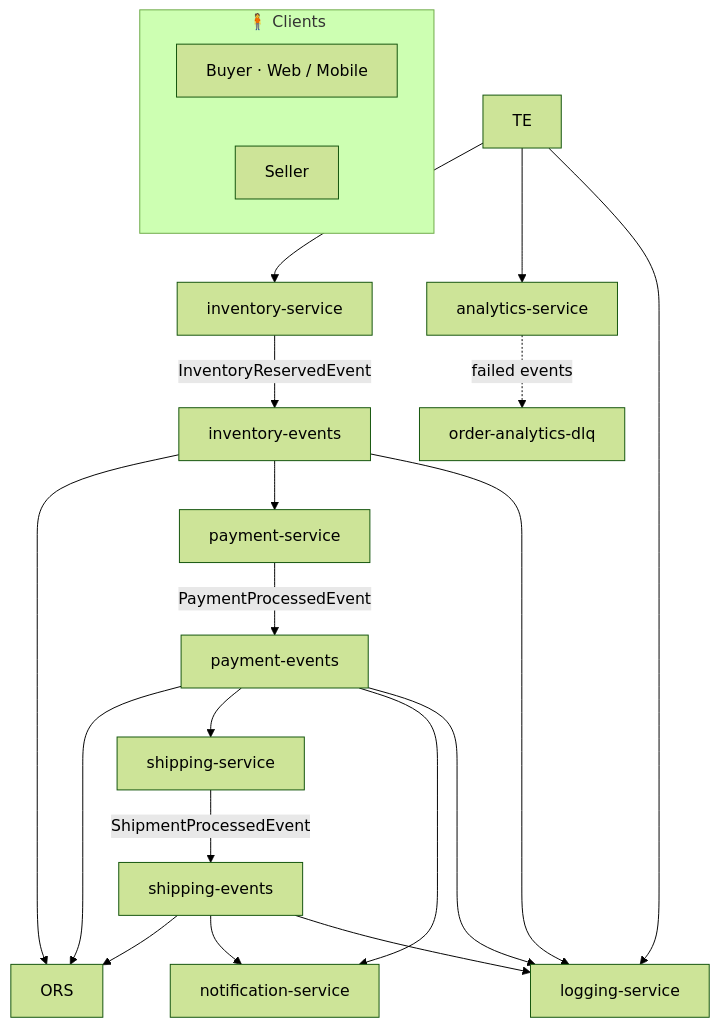
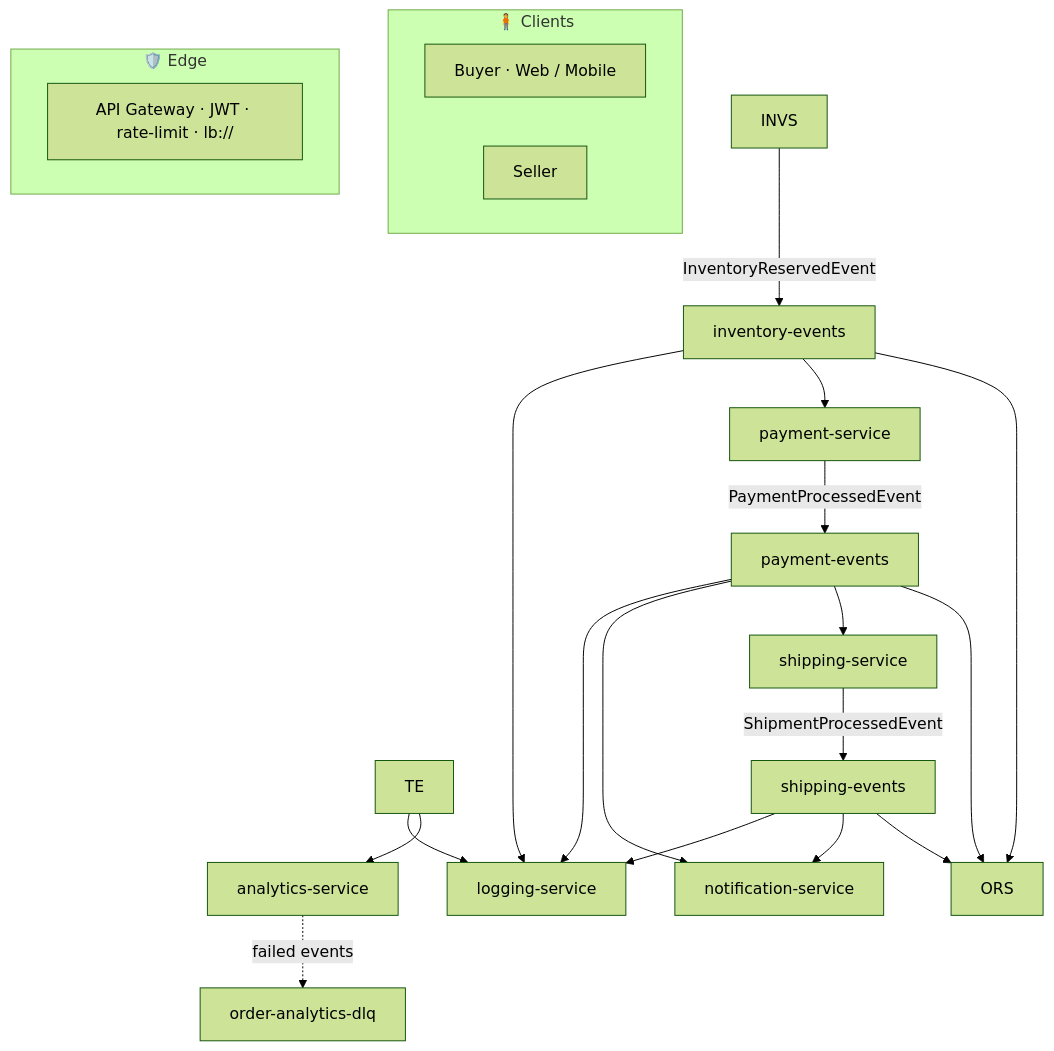
The second of 3 diagrams in README.md (zexxitywave/EventDrivenMesh), drawn with Mermaid (forest theme) before and after one commit.

Commit message:
docs(readme): add Edge subgraph for the API gateway

````diff
--- a/README.md
+++ b/README.md
@@ -209,29 +209,32 @@
 ```mermaid
 flowchart TB
 
     subgraph CLIENTS["🧍 Clients"]
         BUYER["Buyer · Web / Mobile"]
         SELLER["Seller"]
     end
-    TE --> INVS[inventory-service]
+
+    subgraph EDGE["🛡️ Edge"]
+        GW["API Gateway · JWT · rate-limit · lb://"]
+    end
     TE --> ANS[analytics-service]
     TE --> LGS[logging-service]
 
     INVS -->|InventoryReservedEvent| IE[inventory-events]
     IE --> ORS
     IE --> PYS[payment-service]
     IE --> LGS
 
     PYS -->|PaymentProcessedEvent| PE[payment-events]
     PE --> ORS
     PE --> SHS[shipping-service]
     PE --> NTS[notification-service]
     PE --> LGS
 
     SHS -->|ShipmentProcessedEvent| SE[shipping-events]
     SE --> ORS
     SE --> NTS
     SE --> LGS
 
     ANS -.failed events.-> DLQ[order-analytics-dlq]
 ```
````
